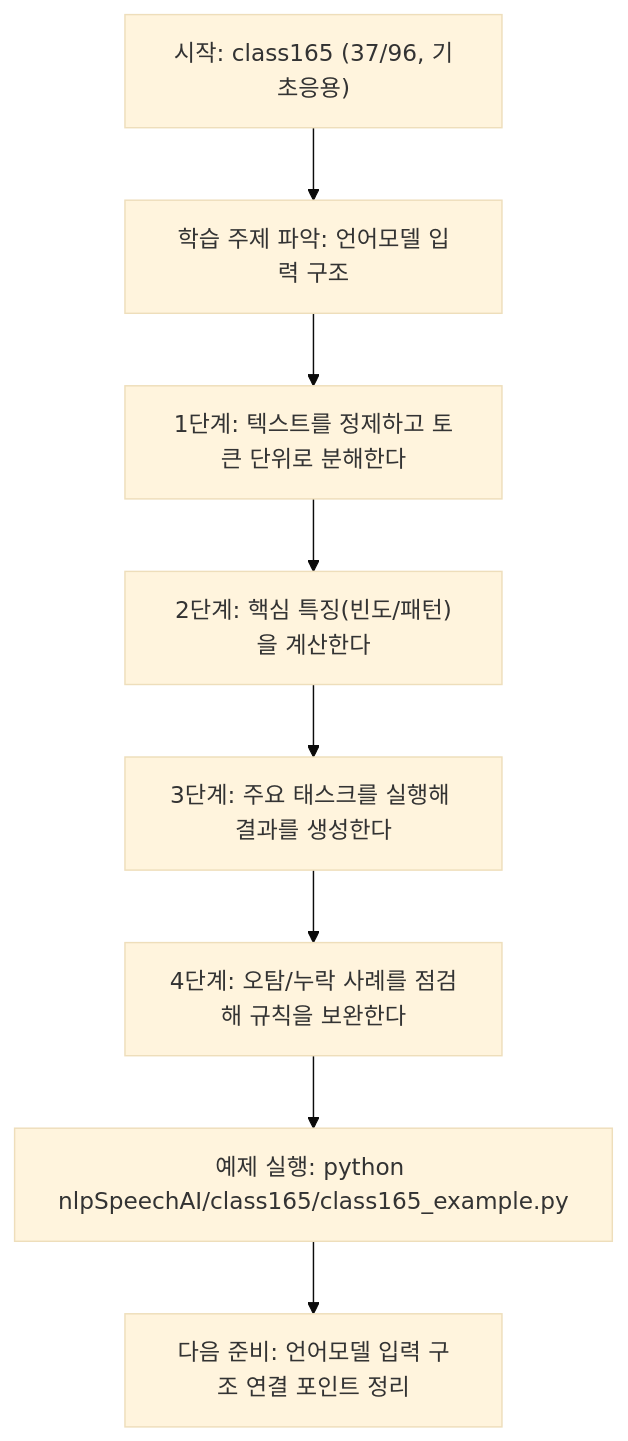
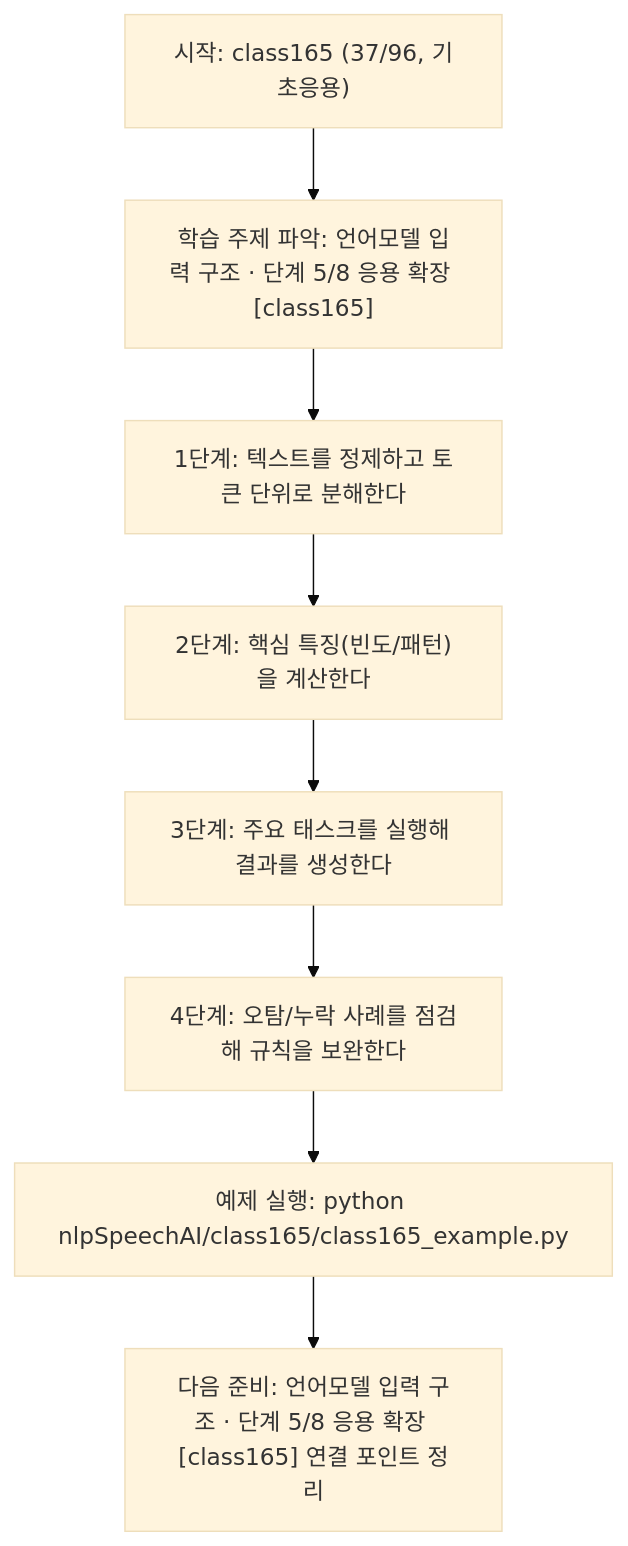
Before and after one commit to edumgt/Python-AI_Agent-Class: the diagram in nlpSpeechAI/class165/class165.md, drawn with Mermaid (base theme). The commit also changed other lines of this file and 522 other files, not shown here.

````diff
--- a/nlpSpeechAI/class165/class165.md
+++ b/nlpSpeechAI/class165/class165.md
@@ -113,18 +114,18 @@
 ```mermaid
 flowchart TD
 N1["시작: class165 (37/96, 기초응용)"]
-N2["학습 주제 파악: 언어모델 입력 구조"]
+N2["학습 주제 파악: 언어모델 입력 구조 · 단계 5/8 응용 확장 [class165]"]
 N3["1단계: 텍스트를 정제하고 토큰 단위로 분해한다"]
 N4["2단계: 핵심 특징(빈도/패턴)을 계산한다"]
 N5["3단계: 주요 태스크를 실행해 결과를 생성한다"]
 N6["4단계: 오탐/누락 사례를 점검해 규칙을 보완한다"]
 N7["예제 실행: python nlpSpeechAI/class165/class165_example.py"]
-N8["다음 준비: 언어모델 입력 구조 연결 포인트 정리"]
+N8["다음 준비: 언어모델 입력 구조 · 단계 5/8 응용 확장 [class165] 연결 포인트 정리"]
 N1 --> N2
 N2 --> N3
 N3 --> N4
 N4 --> N5
 N5 --> N6
 N6 --> N7
 N7 --> N8
 ```
````
